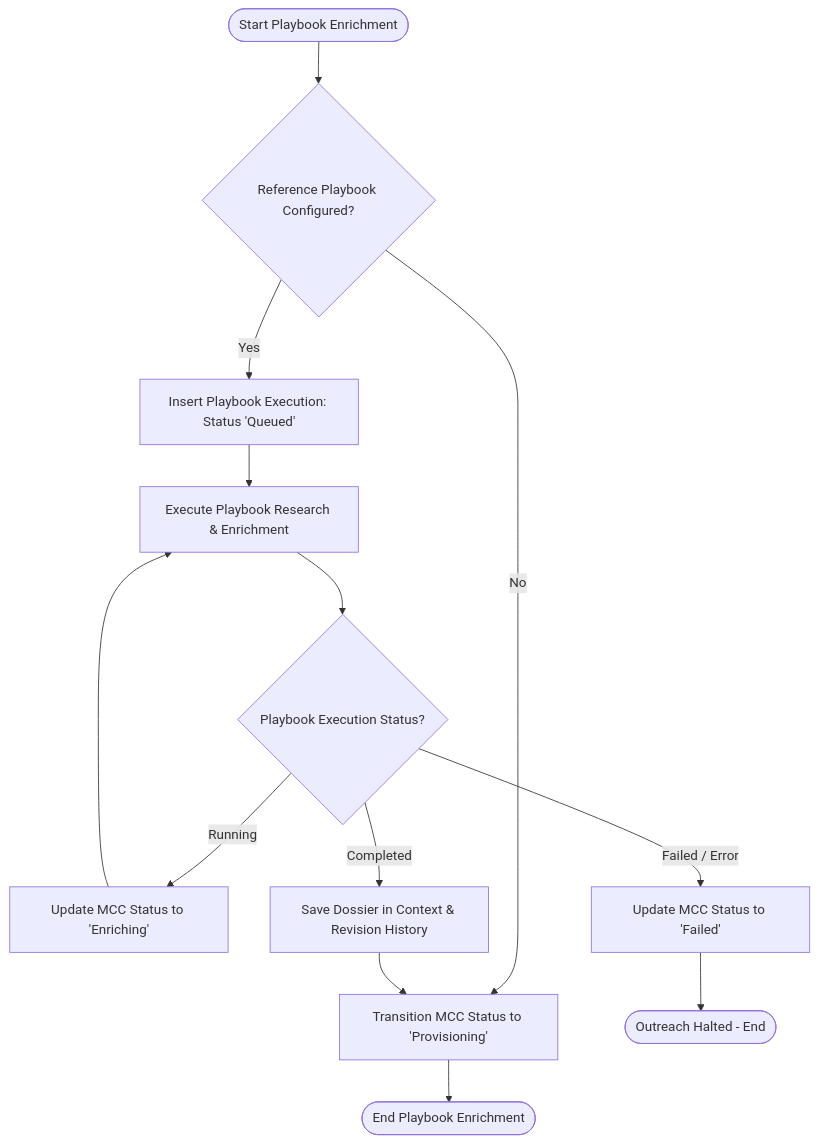
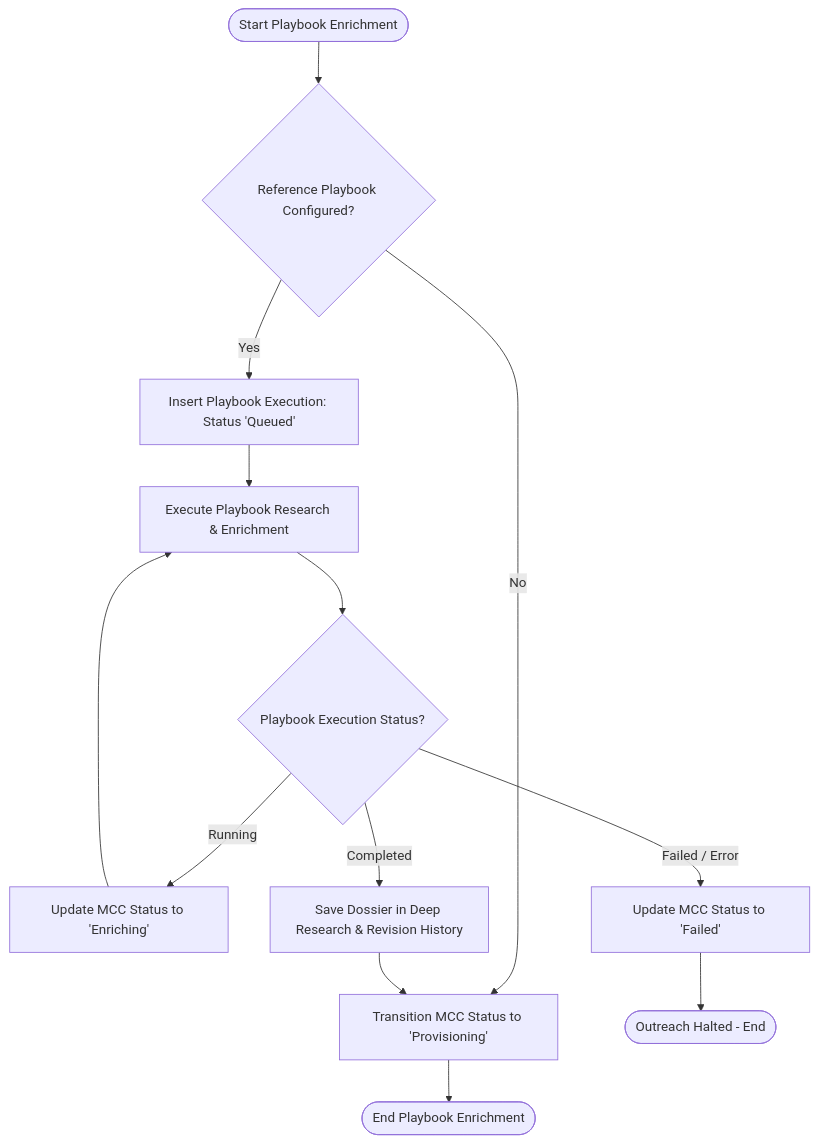
The diagram in docs/architecture/bpmn/04-playbook-enrichment.md (aurumorcom/frappe-cadence), drawn with Mermaid before and after one commit. The commit also changed other lines of this file and 8 other files, not shown here.

First line of the commit message:
docs: rename Context to Deep Research

````diff
--- a/docs/architecture/bpmn/04-playbook-enrichment.md
+++ b/docs/architecture/bpmn/04-playbook-enrichment.md
@@ -5,19 +5,19 @@
 ```mermaid
 flowchart TD
     Start([Start Playbook Enrichment]) --> CheckPlaybook{Reference Playbook Configured?}
     
     CheckPlaybook -- No --> SkipPlaybook[Transition MCC Status to 'Provisioning']
     CheckPlaybook -- Yes --> CreatePlaybookExecution[Insert Playbook Execution: Status 'Queued']
     
     CreatePlaybookExecution --> RunPlaybook[Execute Playbook Research & Enrichment]
     RunPlaybook --> PlaybookResult{Playbook Execution Status?}
     
     PlaybookResult -- Running --> SetEnriching[Update MCC Status to 'Enriching']
     PlaybookResult -- Failed / Error --> SetMCCFailed[Update MCC Status to 'Failed']
-    PlaybookResult -- Completed --> SaveResearchContext[Save Dossier in Context & Revision History]
+    PlaybookResult -- Completed --> SaveResearchContext[Save Dossier in Deep Research & Revision History]
     
     SetEnriching --> RunPlaybook
     SetMCCFailed --> TerminateEnrichment([Outreach Halted - End])
     SaveResearchContext --> SkipPlaybook
     SkipPlaybook --> End([End Playbook Enrichment])
 ```
````
